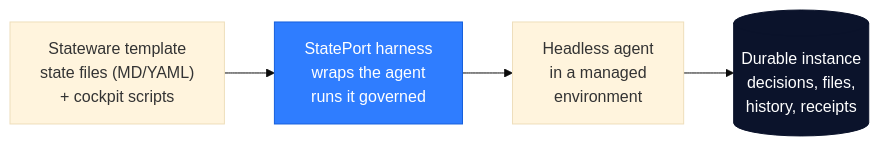
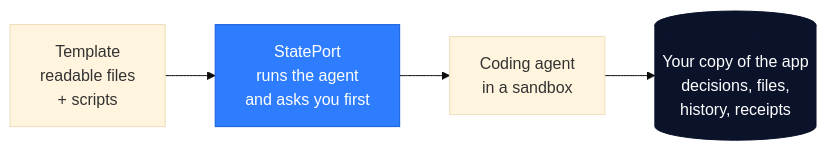
Before and after one commit to lennertvhoy/StatePort-Site: the diagram in assets/diagrams/src/stateport-diagram-template.mmd, drawn with Mermaid (base theme). The commit also changed 6 other files, not shown here.

First line of the commit message:
images: diagrams and social card without jargon; the harness diagram no longer says Codex is the qualified provider

```diff
--- a/assets/diagrams/src/stateport-diagram-template.mmd
+++ b/assets/diagrams/src/stateport-diagram-template.mmd
@@ -1,10 +1,10 @@
 flowchart LR
-    T["Stateware template<br/>state files (MD/YAML)<br/>+ cockpit scripts"]
-    H["StatePort harness<br/>wraps the agent<br/>runs it governed"]
-    A["Headless agent<br/>in a managed<br/>environment"]
-    I[("Durable instance<br/>decisions, files,<br/>history, receipts")]
+    T["Template<br/>readable files<br/>+ scripts"]
+    H["StatePort<br/>runs the agent<br/>and asks you first"]
+    A["Coding agent<br/>in a sandbox"]
+    I[("Your copy of the app<br/>decisions, files,<br/>history, receipts")]
     T --> H --> A --> I
     classDef harness fill:#2f7dff,color:#ffffff,stroke:#155fdc;
     classDef instance fill:#0b132b,color:#ffffff,stroke:#0b132b;
     class H harness;
     class I instance;
```
